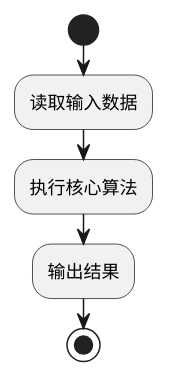
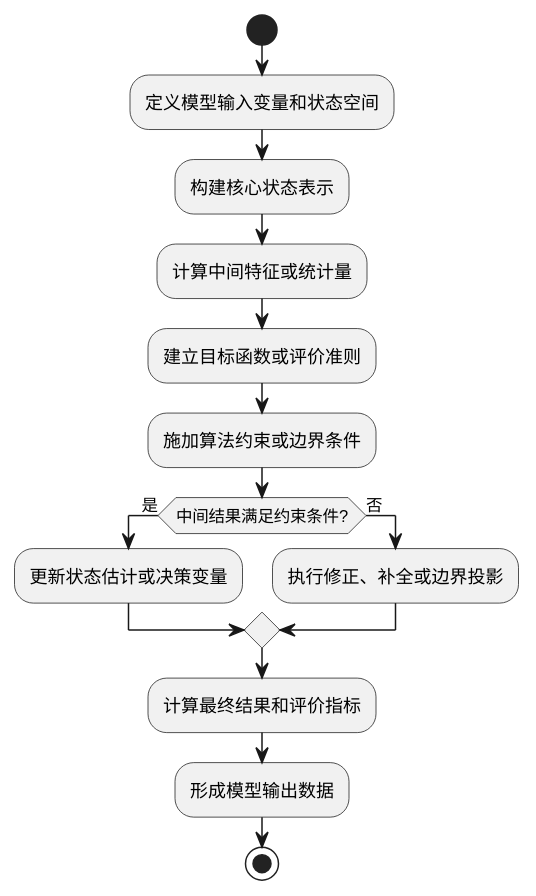
The diagram in ats-algorithm-packaging/template/docs/{算法编号}_原始实验运行数据及测试报告.md (jexxl/ats-skills), drawn with PlantUML before and after one commit. The commit also changed other lines of this file and 1 other file, not shown here.

Commit message:
Update ATS packaging report guidance

````diff
--- a/ats-algorithm-packaging/template/docs/{算法编号}_原始实验运行数据及测试报告.md
+++ b/ats-algorithm-packaging/template/docs/{算法编号}_原始实验运行数据及测试报告.md
@@ -52,9 +54,18 @@
 ```plantuml
 @startuml
 start
-:读取输入数据;
-:执行核心算法;
-:输出结果;
+:定义模型输入变量和状态空间;
+:构建核心状态表示;
+:计算中间特征或统计量;
+:建立目标函数或评价准则;
+:施加算法约束或边界条件;
+if (中间结果满足约束条件?) then (是)
+  :更新状态估计或决策变量;
+else (否)
+  :执行修正、补全或边界投影;
+endif
+:计算最终结果和评价指标;
+:形成模型输出数据;
 stop
 @enduml
 ```
````
